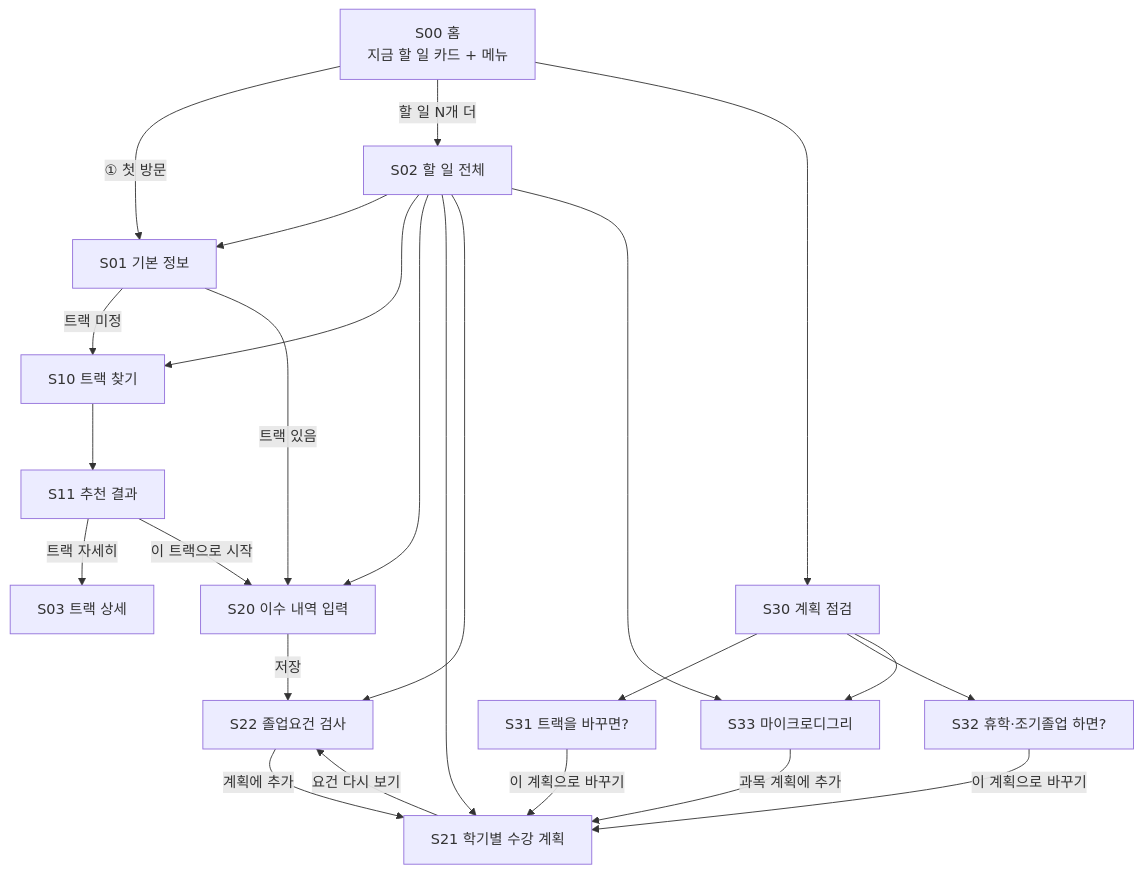
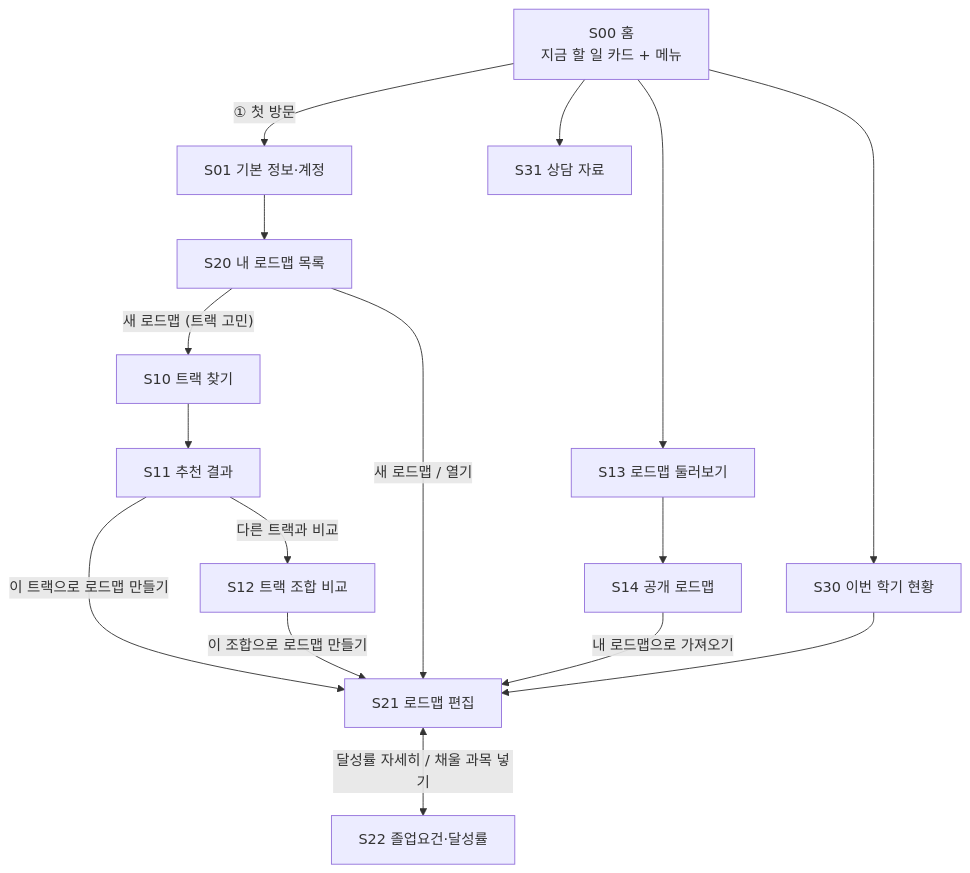
One commit to cocam3/giljabi changed the diagram in docs/SCREENS.md. Above: the diagram before and after it, drawn with Mermaid. The commit also changed other lines of this file and 4 other files, not shown here.

````diff
--- a/docs/SCREENS.md
+++ b/docs/SCREENS.md
@@ -82,33 +108,31 @@
 ```mermaid
 flowchart TD
   H["S00 홈<br/>지금 할 일 카드 + 메뉴"]
-  ME["S01 기본 정보"]
-  TODO["S02 할 일 전체"]
-  TR["S03 트랙 상세"]
+  ME["S01 기본 정보·계정"]
   F["S10 트랙 찾기"]
   FR["S11 추천 결과"]
-  TK["S20 이수 내역 입력"]
-  PL["S21 학기별 수강 계획"]
-  CK["S22 졸업요건 검사"]
-  G["S30 계획 점검"]
-  G1["S31 트랙을 바꾸면?"]
-  G2["S32 휴학·조기졸업 하면?"]
-  G3["S33 마이크로디그리"]
+  CMP["S12 트랙 조합 비교"]
+  BR["S13 로드맵 둘러보기"]
+  PR["S14 공개 로드맵"]
+  L["S20 내 로드맵 목록"]
+  ED["S21 로드맵 편집"]
+  CK["S22 졸업요건·달성률"]
+  NOW["S30 이번 학기 현황"]
+  REP["S31 상담 자료"]
 
   H -- "① 첫 방문" --> ME
-  ME -- "트랙 미정" --> F
-  ME -- "트랙 있음" --> TK
+  ME --> L
+  L -- "새 로드맵 (트랙 고민)" --> F
   F --> FR
-  FR -- "트랙 자세히" --> TR
-  FR -- "이 트랙으로 시작" --> TK
-  TK -- "저장" --> CK
-  CK -- "계획에 추가" --> PL
-  PL -- "요건 다시 보기" --> CK
-  H -- "할 일 N개 더" --> TODO
-  TODO --> ME & F & TK & PL & CK & G3
-  H --> G
-  G --> G1 & G2 & G3
-  G1 -- "이 계획으로 바꾸기" --> PL
-  G2 -- "이 계획으로 바꾸기" --> PL
-  G3 -- "과목 계획에 추가" --> PL
+  FR -- "이 트랙으로 로드맵 만들기" --> ED
+  FR -- "다른 트랙과 비교" --> CMP
+  CMP -- "이 조합으로 로드맵 만들기" --> ED
+  L -- "새 로드맵 / 열기" --> ED
+  ED <-- "달성률 자세히 / 채울 과목 넣기" --> CK
+  H --> BR
+  BR --> PR
+  PR -- "내 로드맵으로 가져오기" --> ED
+  H --> NOW
+  NOW --> ED
+  H --> REP
 ```
````
